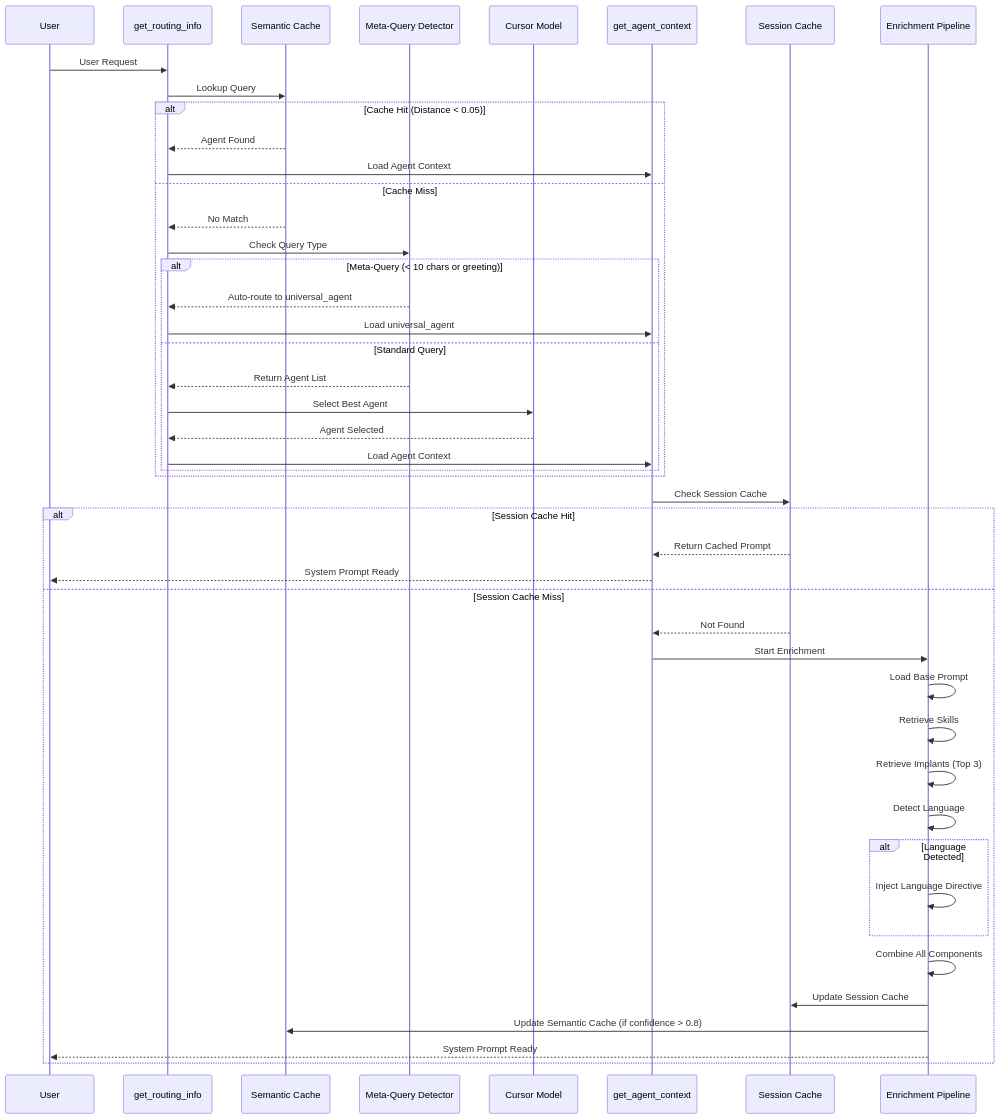
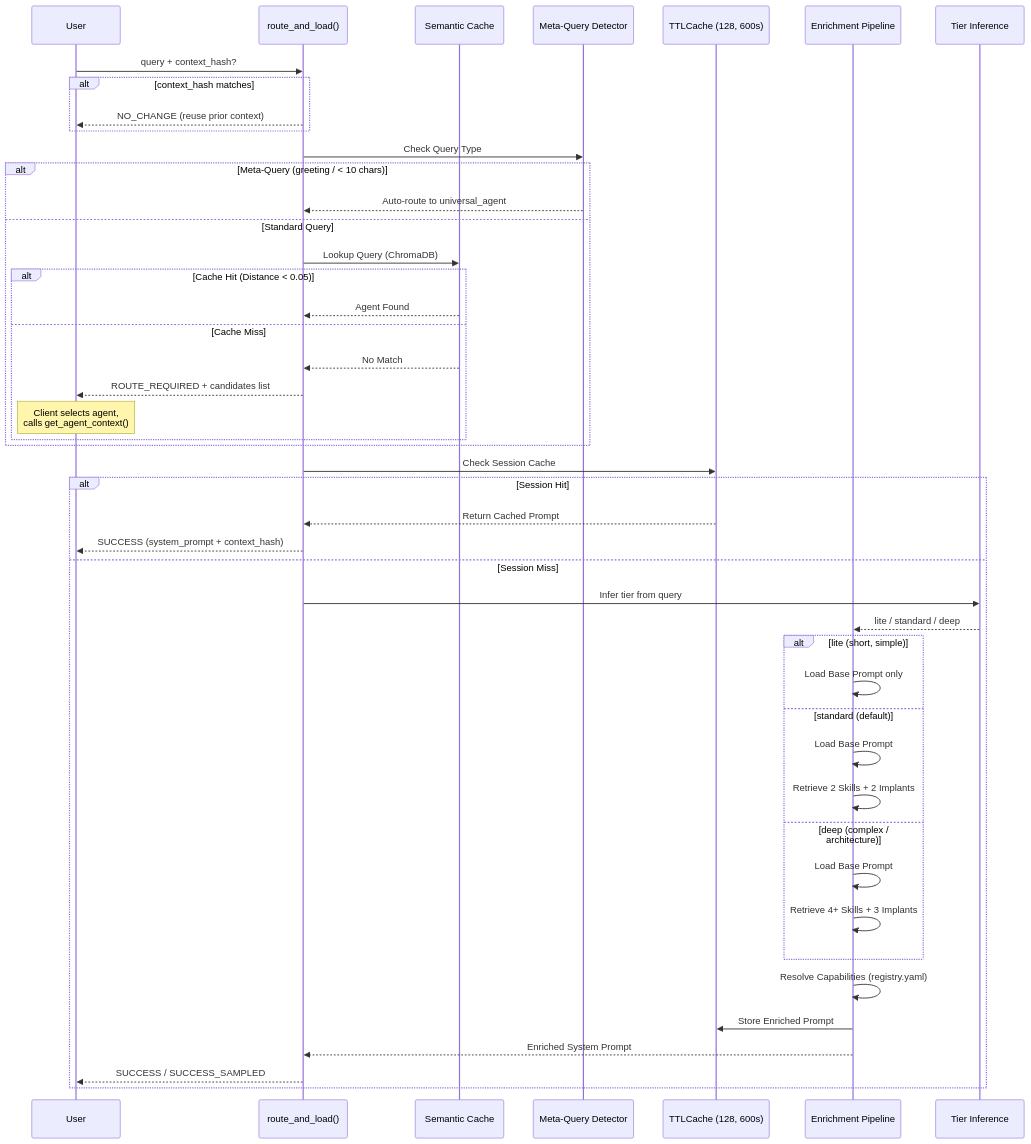
One commit to WonderMr/Agents changed the diagram in docs/routing_flow.md. Above: the diagram before and after it, drawn with Mermaid. The commit also changed other lines of this file and 175 other files, not shown here.

First line of the commit message:
feat: major engine refactor — remove OpenAI, add MCP sampling, tiered enrichment, capabilities system, and 5 new agents

````diff
--- a/docs/routing_flow.md
+++ b/docs/routing_flow.md
@@ -7,56 +7,54 @@
 ```mermaid
 sequenceDiagram
     participant User
-    participant Router as get_routing_info
+    participant RAL as route_and_load()
     participant Cache as Semantic Cache
     participant Meta as Meta-Query Detector
-    participant Cursor as Cursor Model
-    participant Context as get_agent_context
-    participant Session as Session Cache
+    participant Session as TTLCache (128, 600s)
     participant Enrich as Enrichment Pipeline
-    
-    User->>Router: User Request
-    Router->>Cache: Lookup Query
-    
-    alt Cache Hit (Distance < 0.05)
-        Cache-->>Router: Agent Found
-        Router->>Context: Load Agent Context
-    else Cache Miss
-        Cache-->>Router: No Match
-        Router->>Meta: Check Query Type
-        
-        alt Meta-Query (< 10 chars or greeting)
-            Meta-->>Router: Auto-route to universal_agent
-            Router->>Context: Load universal_agent
-        else Standard Query
-            Meta-->>Router: Return Agent List
-            Router->>Cursor: Select Best Agent
-            Cursor-->>Router: Agent Selected
-            Router->>Context: Load Agent Context
+    participant Tier as Tier Inference
+
+    User->>RAL: query + context_hash?
+
+    alt context_hash matches
+        RAL-->>User: NO_CHANGE (reuse prior context)
+    end
+
+    RAL->>Meta: Check Query Type
+    alt Meta-Query (greeting / < 10 chars)
+        Meta-->>RAL: Auto-route to universal_agent
+    else Standard Query
+        RAL->>Cache: Lookup Query (ChromaDB)
+        alt Cache Hit (Distance < 0.05)
+            Cache-->>RAL: Agent Found
+        else Cache Miss
+            Cache-->>RAL: No Match
+            RAL-->>User: ROUTE_REQUIRED + candidates list
+            Note over User: Client selects agent,<br/>calls get_agent_context()
         end
     end
-    
-    Context->>Session: Check Session Cache
-    
-    alt Session Cache Hit
-        Session-->>Context: Return Cached Prompt
-        Context-->>User: System Prompt Ready
-    else Session Cache Miss
-        Session-->>Context: Not Found
-        Context->>Enrich: Start Enrichment
-        
-        Enrich->>Enrich: Load Base Prompt
-        Enrich->>Enrich: Retrieve Skills
-        Enrich->>Enrich: Retrieve Implants (Top 3)
-        Enrich->>Enrich: Detect Language
-        
-        alt Language Detected
-            Enrich->>Enrich: Inject Language Directive
+
+    RAL->>Session: Check Session Cache
+    alt Session Hit
+        Session-->>RAL: Return Cached Prompt
+        RAL-->>User: SUCCESS (system_prompt + context_hash)
+    else Session Miss
+        RAL->>Tier: Infer tier from query
+        Tier-->>Enrich: lite / standard / deep
+
+        alt lite (short, simple)
+            Enrich->>Enrich: Load Base Prompt only
+        else standard (default)
+            Enrich->>Enrich: Load Base Prompt
+            Enrich->>Enrich: Retrieve 2 Skills + 2 Implants
+        else deep (complex / architecture)
+            Enrich->>Enrich: Load Base Prompt
+            Enrich->>Enrich: Retrieve 4+ Skills + 3 Implants
         end
-        
-        Enrich->>Enrich: Combine All Components
-        Enrich->>Session: Update Session Cache
-        Enrich->>Cache: Update Semantic Cache (if confidence > 0.8)
-        Enrich-->>User: System Prompt Ready
+
+        Enrich->>Enrich: Resolve Capabilities (registry.yaml)
+        Enrich->>Session: Store Enriched Prompt
+        Enrich-->>RAL: Enriched System Prompt
+        RAL-->>User: SUCCESS / SUCCESS_SAMPLED
     end
 ```
````
